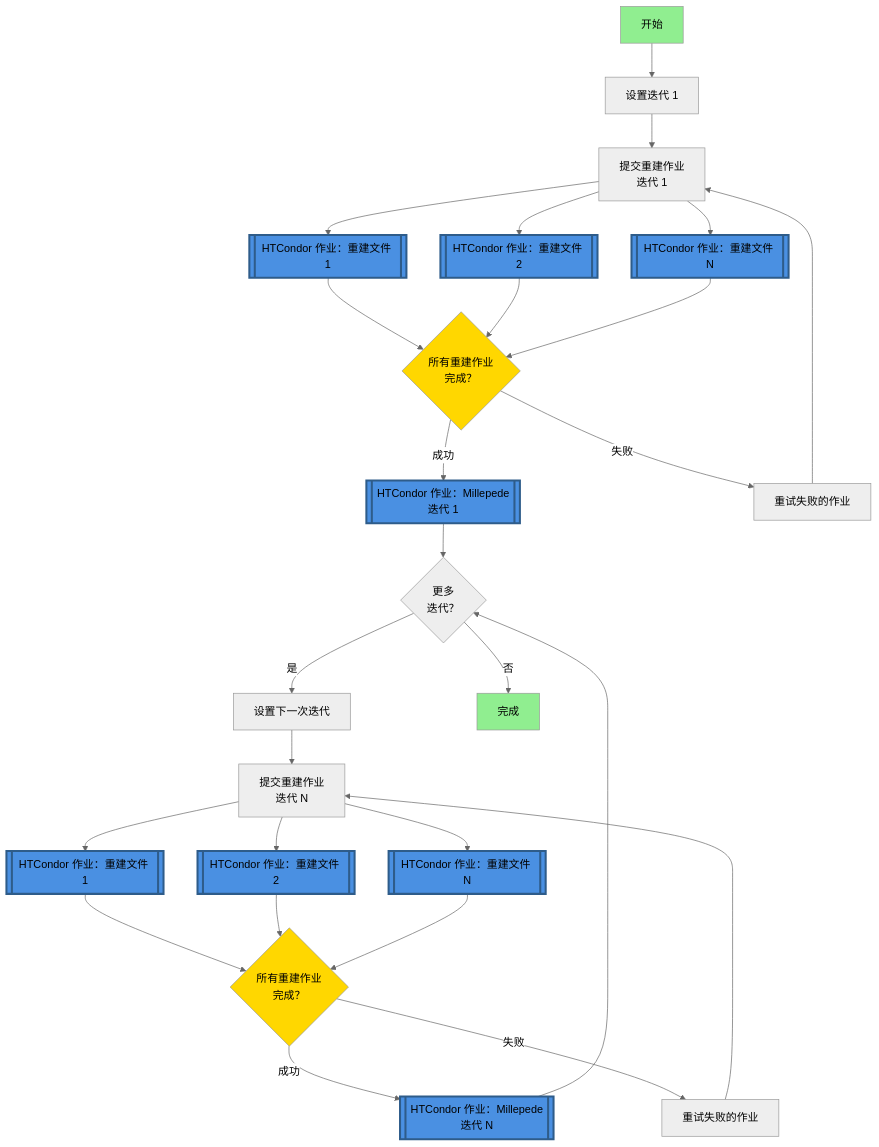
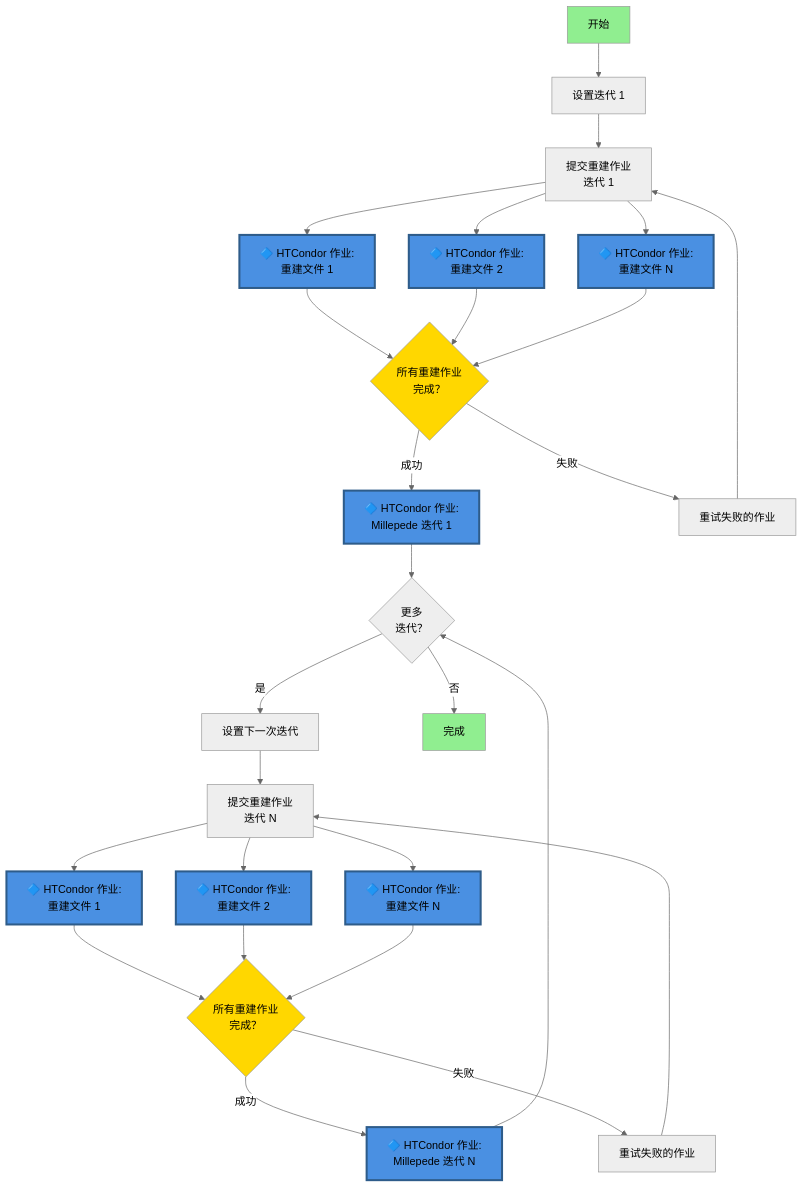
One commit to shunliang233/alignment changed the diagram in README_cn.md. Above: the diagram before and after it, drawn with Mermaid (neutral theme). The commit also changed 3 other files, not shown here.

Commit message:
Fix Mermaid syntax error and add diagram validation test

````diff
--- a/README_cn.md
+++ b/README_cn.md
@@ -176,41 +176,41 @@
 ```mermaid
 graph TD
     A[开始] --> B[设置迭代 1]
     B --> C[提交重建作业<br/>迭代 1]
-    C --> C1[["HTCondor 作业：重建文件 1"]]
-    C --> C2[["HTCondor 作业：重建文件 2"]]
-    C --> C3[["HTCondor 作业：重建文件 N"]]
+    C --> C1["🔷 HTCondor 作业:<br/>重建文件 1"]
+    C --> C2["🔷 HTCondor 作业:<br/>重建文件 2"]
+    C --> C3["🔷 HTCondor 作业:<br/>重建文件 N"]
     C1 --> D{所有重建作业<br/>完成？}
     C2 --> D
     C3 --> D
-    D -->|成功| E[["HTCondor 作业：Millepede<br/>迭代 1"]]
+    D -->|成功| E["🔷 HTCondor 作业:<br/>Millepede 迭代 1"]
     D -->|失败| F[重试失败的作业]
     F --> C
     E --> G{更多<br/>迭代？}
     G -->|是| H[设置下一次迭代]
     H --> I[提交重建作业<br/>迭代 N]
-    I --> I1[["HTCondor 作业：重建文件 1"]]
-    I --> I2[["HTCondor 作业：重建文件 2"]]
-    I --> I3[["HTCondor 作业：重建文件 N"]]
+    I --> I1["🔷 HTCondor 作业:<br/>重建文件 1"]
+    I --> I2["🔷 HTCondor 作业:<br/>重建文件 2"]
+    I --> I3["🔷 HTCondor 作业:<br/>重建文件 N"]
     I1 --> J{所有重建作业<br/>完成？}
     I2 --> J
     I3 --> J
-    J -->|成功| K[["HTCondor 作业：Millepede<br/>迭代 N"]]
+    J -->|成功| K["🔷 HTCondor 作业:<br/>Millepede 迭代 N"]
     J -->|失败| L[重试失败的作业]
     L --> I
     K --> G
     G -->|否| M[完成]
     
     style A fill:#90EE90
     style M fill:#90EE90
     style C1 fill:#4A90E2,stroke:#2E5C8A,stroke-width:3px
     style C2 fill:#4A90E2,stroke:#2E5C8A,stroke-width:3px
     style C3 fill:#4A90E2,stroke:#2E5C8A,stroke-width:3px
     style E fill:#4A90E2,stroke:#2E5C8A,stroke-width:3px
     style I1 fill:#4A90E2,stroke:#2E5C8A,stroke-width:3px
     style I2 fill:#4A90E2,stroke:#2E5C8A,stroke-width:3px
     style I3 fill:#4A90E2,stroke:#2E5C8A,stroke-width:3px
     style K fill:#4A90E2,stroke:#2E5C8A,stroke-width:3px
     style D fill:#FFD700
     style J fill:#FFD700
 ```
````
